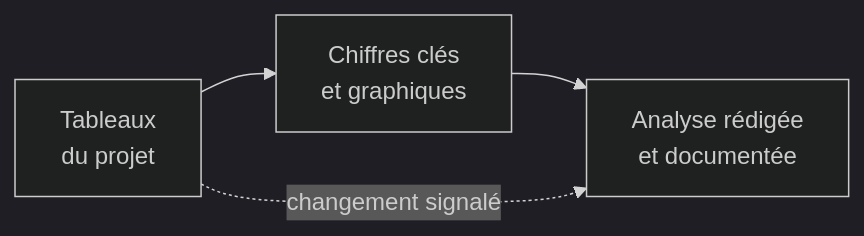
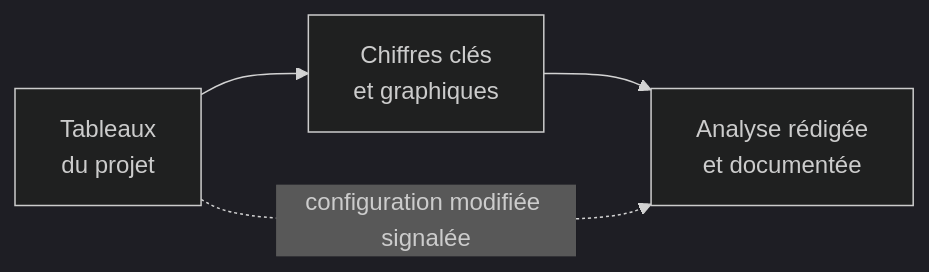
One commit to qfjkl/sigestat-launcher changed the second of 2 diagrams in README.md. Above: the diagram before and after it, drawn with Mermaid (dark theme). The commit also changed other lines of this file and 1 other file, not shown here.

````diff
--- a/README.md
+++ b/README.md
@@ -97,6 +114,6 @@
 ```mermaid
 flowchart LR
     A["Tableaux<br/>du projet"] --> B["Chiffres clés<br/>et graphiques"]
     B --> C["Analyse rédigée<br/>et documentée"]
-    A -. "changement signalé" .-> C
+    A -. "configuration modifiée signalée" .-> C
 ```
````
